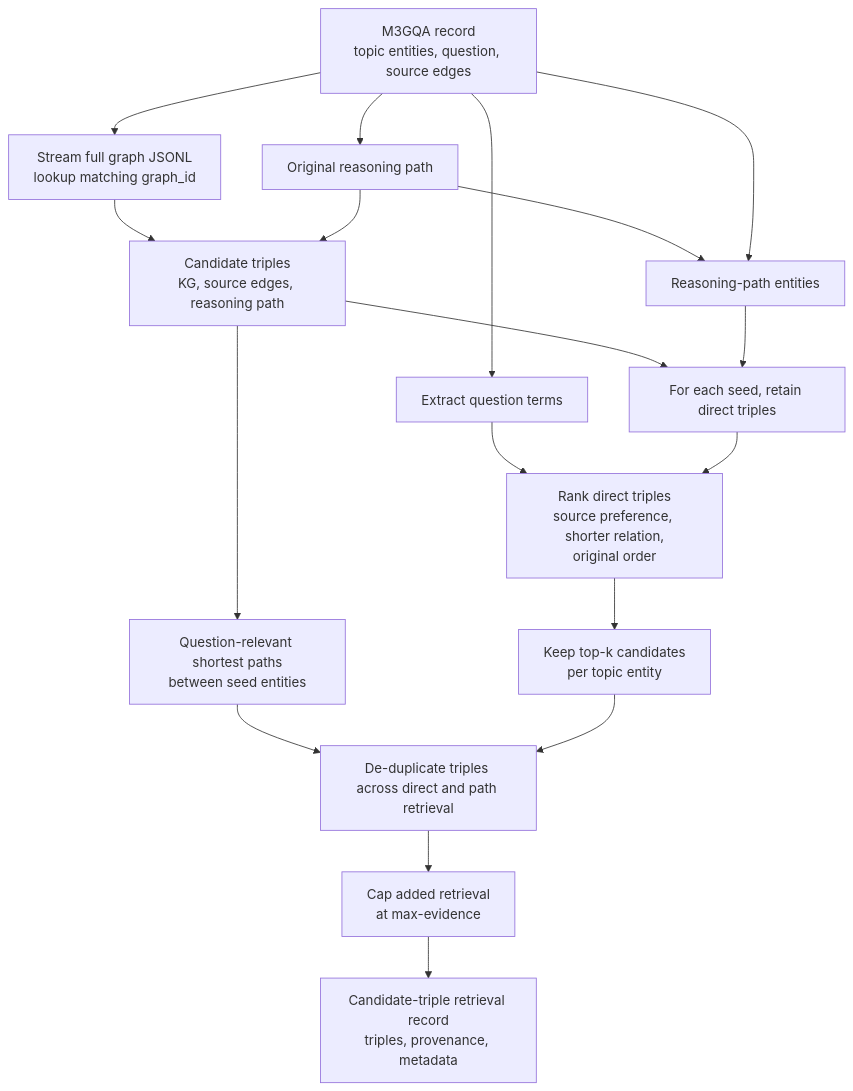
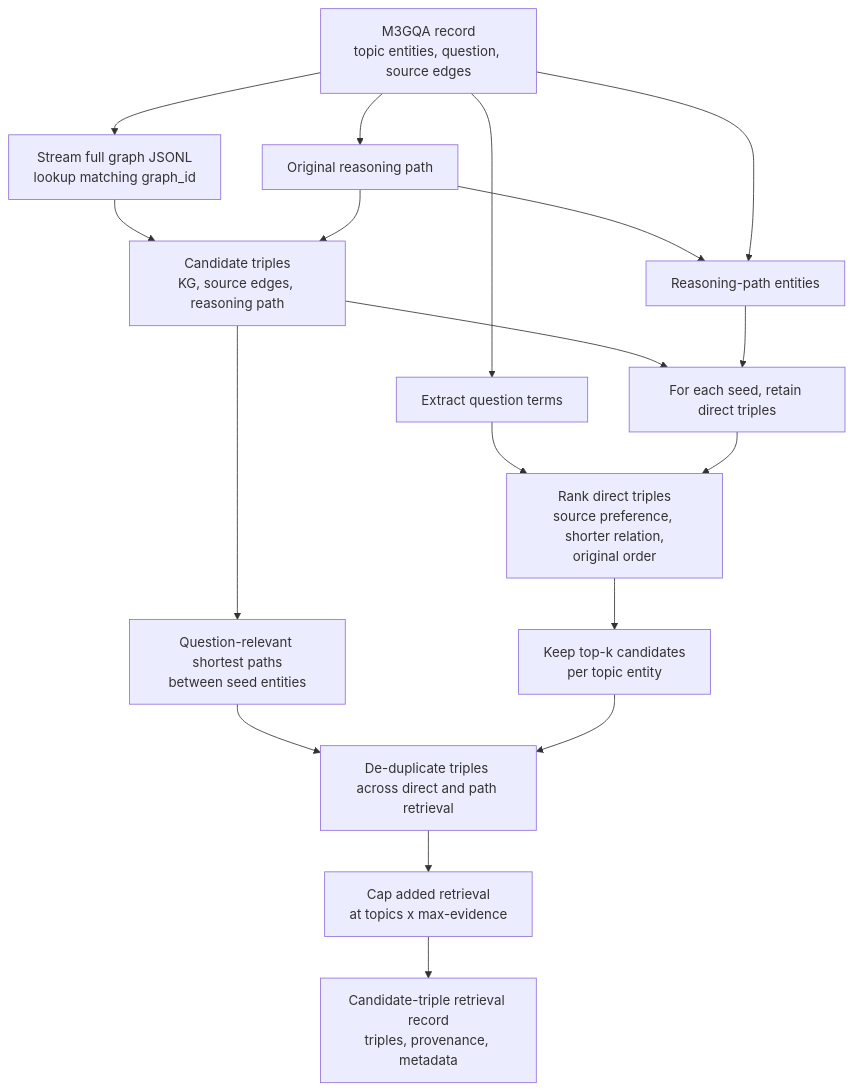
Before and after one commit to asep-fajar-firmansyah/KILT: the diagram in kilt_synmes/README.md, drawn with Mermaid. The commit also changed other lines of this file and 2 other files, not shown here.

Commit message:
update candidate triple retrieval module

````diff
--- a/kilt_synmes/README.md
+++ b/kilt_synmes/README.md
@@ -21,21 +22,21 @@
 ```mermaid
 flowchart TD
   split[M3GQA record\ntopic entities, question, source edges] --> graphLookup[Stream full graph JSONL\nlookup matching graph_id]
   split --> reasoning[Original reasoning path]
   graphLookup --> candidates[Candidate triples\nKG, source edges, reasoning path]
   reasoning --> candidates
   split --> queryTerms[Extract question terms]
 
   reasoning --> seeds[Reasoning-path entities]
   split --> seeds
   candidates --> direct[For each seed, retain direct triples]
   seeds --> direct
   queryTerms --> rank[Rank direct triples\nsource preference, shorter relation,\noriginal order]
   direct --> rank
   rank --> topK[Keep top-k candidates\nper topic entity]
   candidates --> paths[Question-relevant shortest paths\nbetween seed entities]
   paths --> dedupe[De-duplicate triples across direct and path retrieval]
   topK --> dedupe
-  dedupe --> cap[Cap added retrieval\nat max-evidence]
+  dedupe --> cap[Cap added retrieval\nat topics x max-evidence]
   cap --> retrieval[Candidate-triple retrieval record\ntriples, provenance, metadata]
 ```
````
